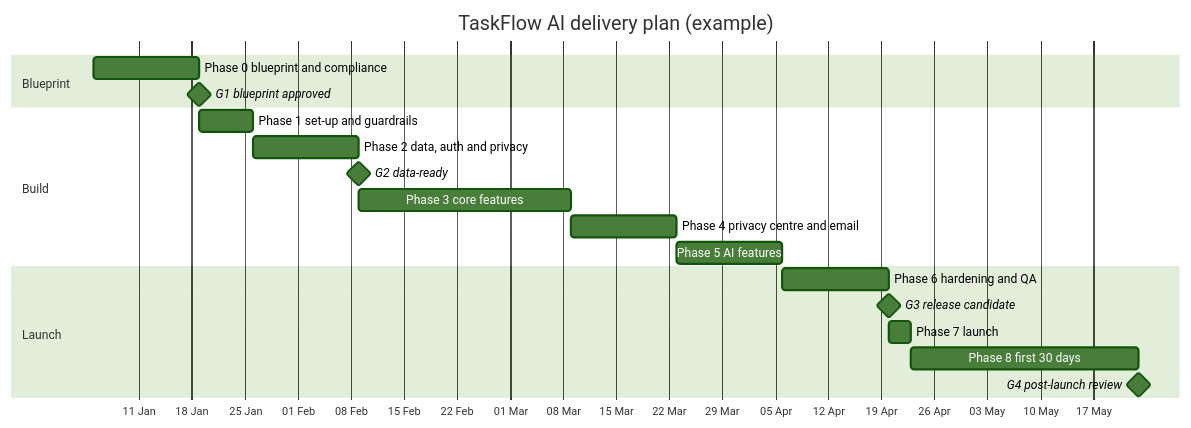
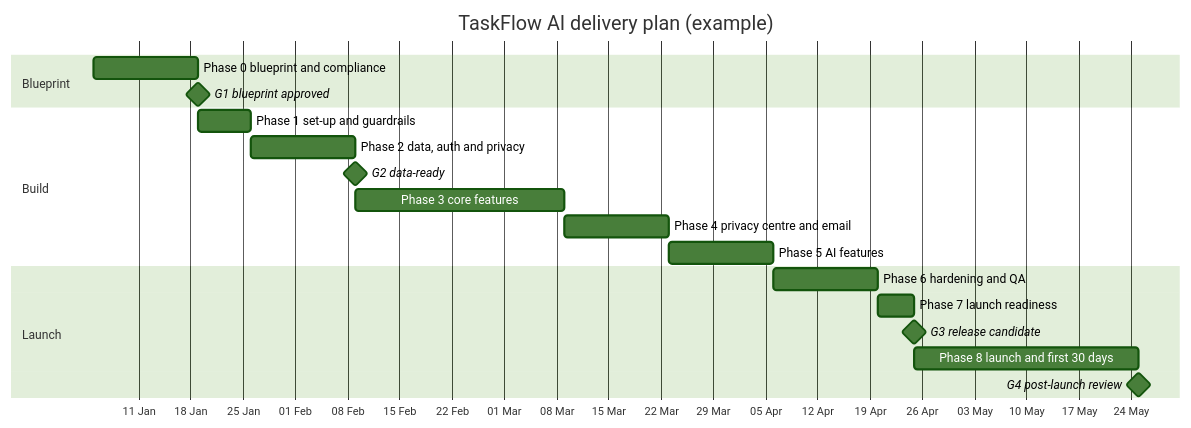
The diagram in framework/11-delivery.md (bewithkhan/bansat), drawn with Mermaid (forest theme) before and after one commit. The commit also changed other lines of this file and 14 other files, not shown here.

````diff
--- a/framework/11-delivery.md
+++ b/framework/11-delivery.md
@@ -235,22 +248,22 @@
 ```mermaid
 gantt
   title TaskFlow AI delivery plan (example)
   dateFormat YYYY-MM-DD
   axisFormat %d %b
   section Blueprint
   Phase 0 blueprint and compliance :p0, 2026-01-05, 14d
   G1 blueprint approved :milestone, g1, after p0, 0d
   section Build
   Phase 1 set-up and guardrails :p1, after g1, 7d
   Phase 2 data, auth and privacy :p2, after p1, 14d
   G2 data-ready :milestone, g2, after p2, 0d
   Phase 3 core features :p3, after p2, 28d
   Phase 4 privacy centre and email :p4, after p3, 14d
   Phase 5 AI features :p5, after p4, 14d
   section Launch
   Phase 6 hardening and QA :p6, after p5, 14d
-  G3 release candidate :milestone, g3, after p6, 0d
-  Phase 7 launch :p7, after g3, 3d
-  Phase 8 first 30 days :p8, after p7, 30d
+  Phase 7 launch readiness :p7, after p6, 5d
+  G3 release candidate :milestone, g3, after p7, 0d
+  Phase 8 launch and first 30 days :p8, after g3, 30d
   G4 post-launch review :milestone, g4, after p8, 0d
 ```
````
